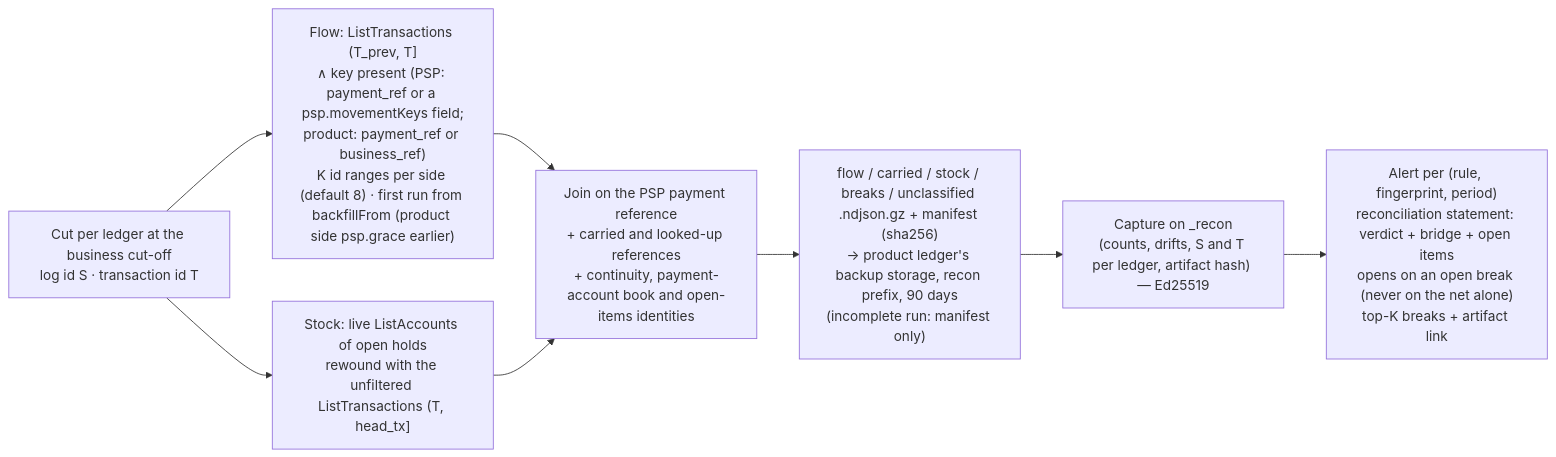
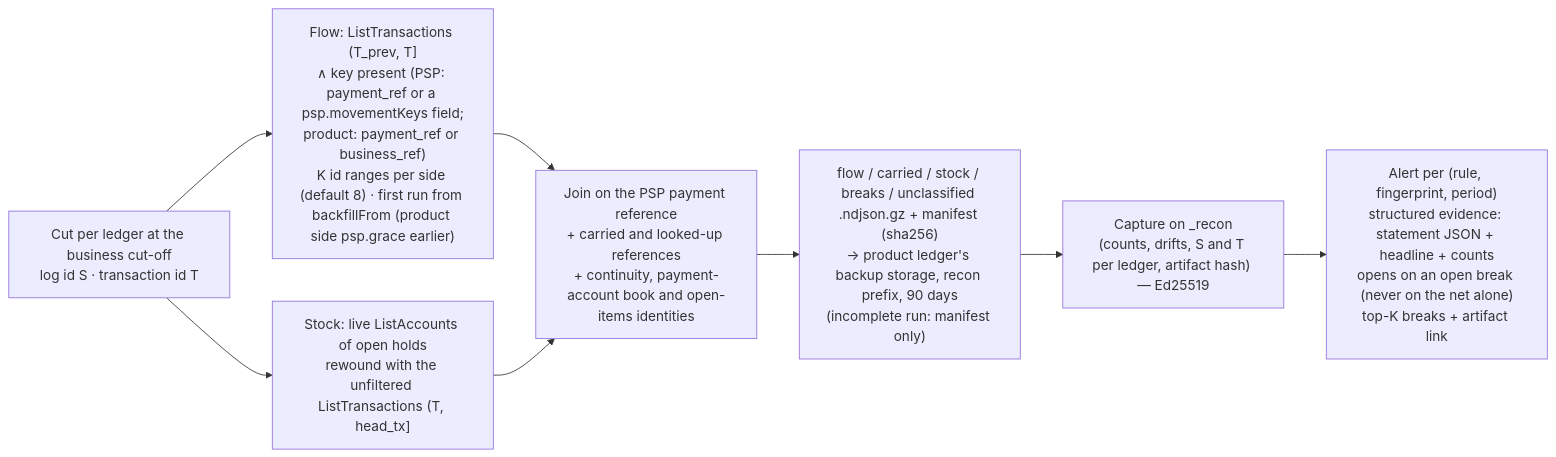
One commit to formancehq/reconciliation changed the ninth of 9 diagrams in docs/technical/workflows.md. Above: the diagram before and after it, drawn with Mermaid. The commit also changed 39 other files, not shown here.

First line of the commit message:
docs(recon): structured alert evidence and no stuck breaks (feature inventory, tier 3 items 19-21)

````diff
--- a/docs/technical/workflows.md
+++ b/docs/technical/workflows.md
@@ -326,10 +326,10 @@
 ```mermaid
 flowchart LR
     Cut["Cut per ledger at the business cut-off<br/>log id S · transaction id T"] --> Flow["Flow: ListTransactions (T_prev, T]<br/>∧ key present (PSP: payment_ref or a psp.movementKeys field;<br/>product: payment_ref or business_ref)<br/>K id ranges per side (default 8) · first run from backfillFrom (product side psp.grace earlier)"]
     Cut --> Stock["Stock: live ListAccounts of open holds<br/>rewound with the unfiltered ListTransactions (T, head_tx]"]
     Flow --> Join["Join on the PSP payment reference<br/>+ carried and looked-up references<br/>+ continuity, payment-account book and open-items identities"]
     Stock --> Join
     Join --> Art["flow / carried / stock / breaks / unclassified .ndjson.gz + manifest (sha256)<br/>→ product ledger's backup storage, recon prefix, 90 days<br/>(incomplete run: manifest only)"]
     Art --> Cap["Capture on _recon<br/>(counts, drifts, S and T per ledger, artifact hash) — Ed25519"]
-    Cap --> Alert["Alert per (rule, fingerprint, period)<br/>reconciliation statement: verdict + bridge + open items<br/>opens on an open break (never on the net alone)<br/>top-K breaks + artifact link"]
+    Cap --> Alert["Alert per (rule, fingerprint, period)<br/>structured evidence: statement JSON + headline + counts<br/>opens on an open break (never on the net alone)<br/>top-K breaks + artifact link"]
 ```
````
